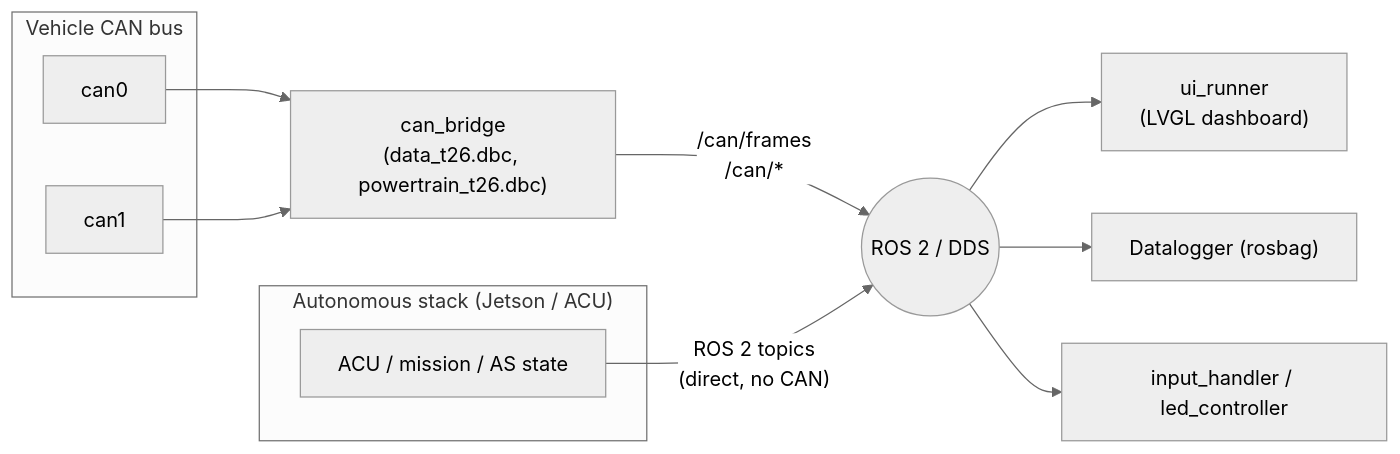
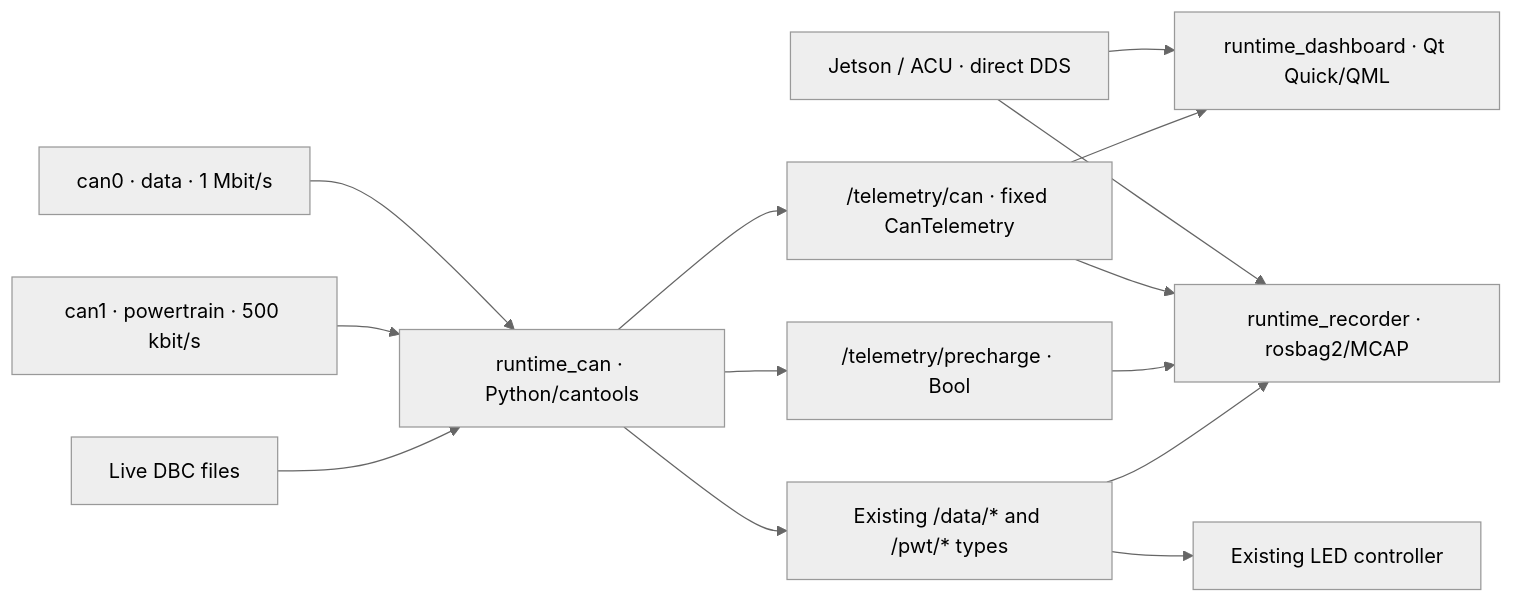
Before and after one commit to FSLART/data_station: the diagram in README.md, drawn with Mermaid (neutral theme). The commit also changed other lines of this file and 49 other files, not shown here.

````diff
--- a/README.md
+++ b/README.md
@@ -26,21 +12,16 @@
 ```mermaid
 flowchart LR
-    subgraph CAN["Vehicle CAN bus"]
-        CH1["can0"]
-        CH2["can1"]
-    end
-
-    subgraph Jetson["Autonomous stack (Jetson / ACU)"]
-        ACU["ACU / mission / AS state"]
-    end
-
-    CH1 --> Bridge["can_bridge\n(data_t26.dbc, powertrain_t26.dbc)"]
-    CH2 --> Bridge
-
-    Bridge -- "/can/frames\n/can/*" --> DDS(("ROS 2 / DDS"))
-    ACU -- "ROS 2 topics\n(direct, no CAN)" --> DDS
-
-    DDS --> UI["ui_runner\n(LVGL dashboard)"]
-    DDS --> Logger["Datalogger (rosbag)"]
-    DDS --> Input["input_handler / led_controller"]
+    CAN0["can0 · data · 1 Mbit/s"] --> Acquisition
+    CAN1["can1 · powertrain · 500 kbit/s"] --> Acquisition
+    DBC["Live DBC files"] --> Acquisition["runtime_can · Python/cantools"]
+    Acquisition --> Generic["/telemetry/can · fixed CanTelemetry"]
+    Acquisition --> Trigger["/telemetry/precharge · Bool"]
+    Acquisition --> Compatibility["Existing /data/* and /pwt/* types"]
+    Jetson["Jetson / ACU · direct DDS"] --> UI["runtime_dashboard · Qt Quick/QML"]
+    Jetson --> Recorder["runtime_recorder · rosbag2/MCAP"]
+    Generic --> UI
+    Generic --> Recorder
+    Trigger --> Recorder
+    Compatibility --> Recorder
+    Compatibility --> LEDs["Existing LED controller"]
 ```
````
